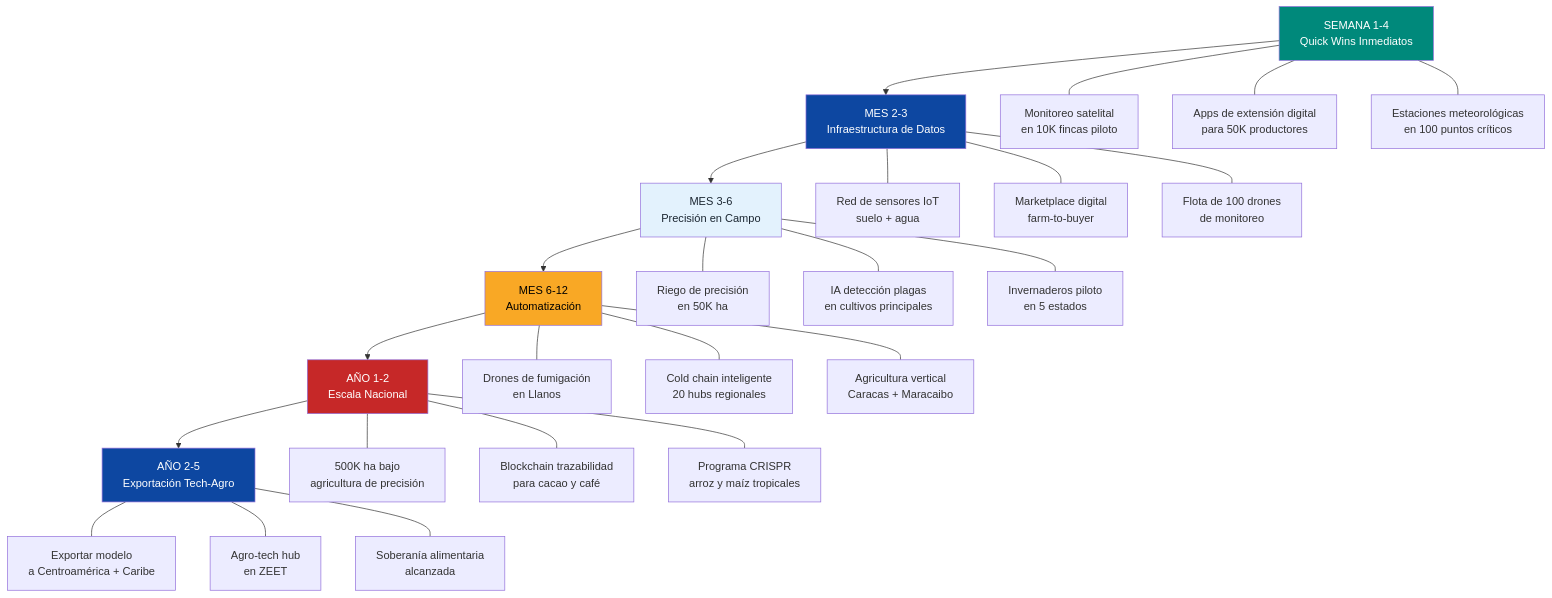
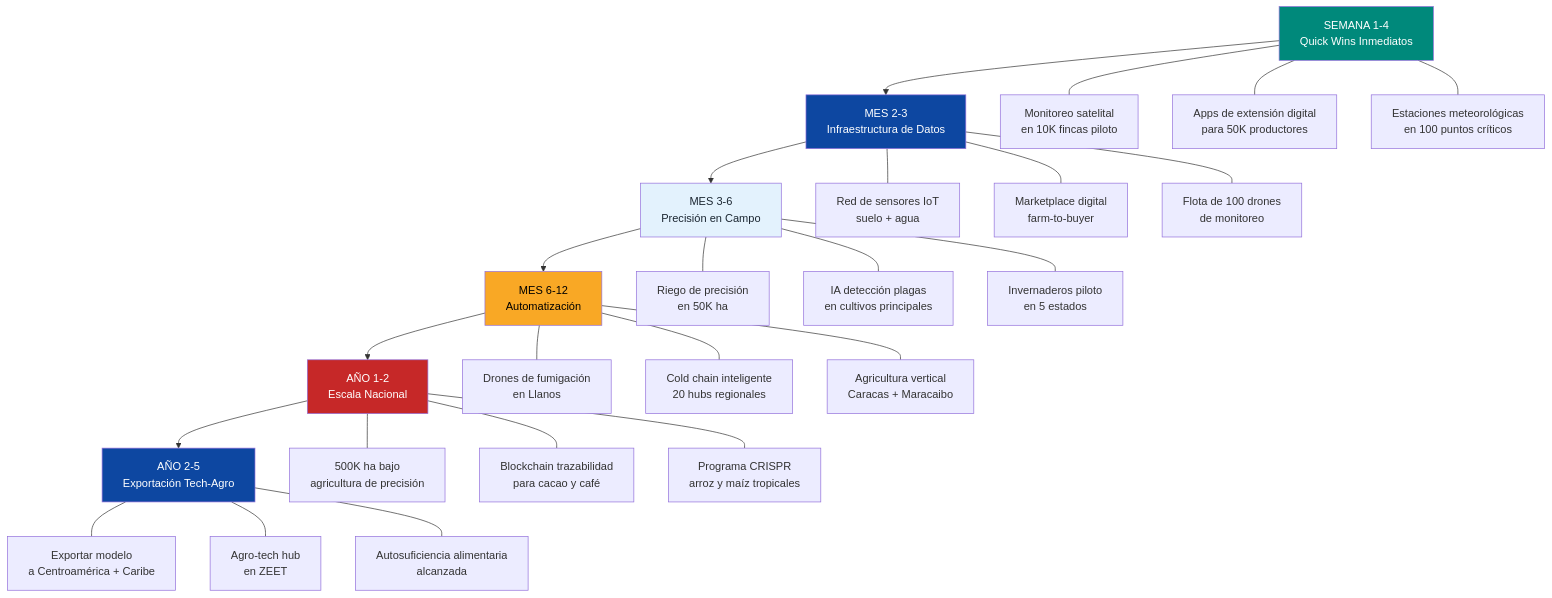
Before and after one commit to Venezuela-S-A/venezuela-sa: the fourth of 4 diagrams in docs/05-transformacion/diversificacion.md, drawn with Mermaid. The commit also changed other lines of this file and 7 other files, not shown here.

````diff
--- a/docs/05-transformacion/diversificacion.md
+++ b/docs/05-transformacion/diversificacion.md
@@ -241,39 +241,39 @@
 ```mermaid
 flowchart TD
     A["SEMANA 1-4<br>Quick Wins Inmediatos"] --> B["MES 2-3<br>Infraestructura de Datos"]
     B --> C["MES 3-6<br>Precisión en Campo"]
     C --> D["MES 6-12<br>Automatización"]
     D --> E["AÑO 1-2<br>Escala Nacional"]
     E --> F["AÑO 2-5<br>Exportación Tech-Agro"]
 
     A --- A1["Monitoreo satelital<br>en 10K fincas piloto"]
     A --- A2["Apps de extensión digital<br>para 50K productores"]
     A --- A3["Estaciones meteorológicas<br>en 100 puntos críticos"]
 
     B --- B1["Red de sensores IoT<br>suelo + agua"]
     B --- B2["Marketplace digital<br>farm-to-buyer"]
     B --- B3["Flota de 100 drones<br>de monitoreo"]
 
     C --- C1["Riego de precisión<br>en 50K ha"]
     C --- C2["IA detección plagas<br>en cultivos principales"]
     C --- C3["Invernaderos piloto<br>en 5 estados"]
 
     D --- D1["Drones de fumigación<br>en Llanos"]
     D --- D2["Cold chain inteligente<br>20 hubs regionales"]
     D --- D3["Agricultura vertical<br>Caracas + Maracaibo"]
 
     E --- E1["500K ha bajo<br>agricultura de precisión"]
     E --- E2["Blockchain trazabilidad<br>para cacao y café"]
     E --- E3["Programa CRISPR<br>arroz y maíz tropicales"]
 
     F --- F1["Exportar modelo<br>a Centroamérica + Caribe"]
     F --- F2["Agro-tech hub<br>en ZEET"]
-    F --- F3["Soberanía alimentaria<br>alcanzada"]
+    F --- F3["Autosuficiencia alimentaria<br>alcanzada"]
 
     style A fill:#00897B,color:#fff
     style B fill:#0D47A1,color:#fff
     style C fill:#E3F2FD,color:#1B2631
     style D fill:#F9A825,color:#000
     style E fill:#C62828,color:#fff
     style F fill:#0D47A1,color:#fff
 ```
````
